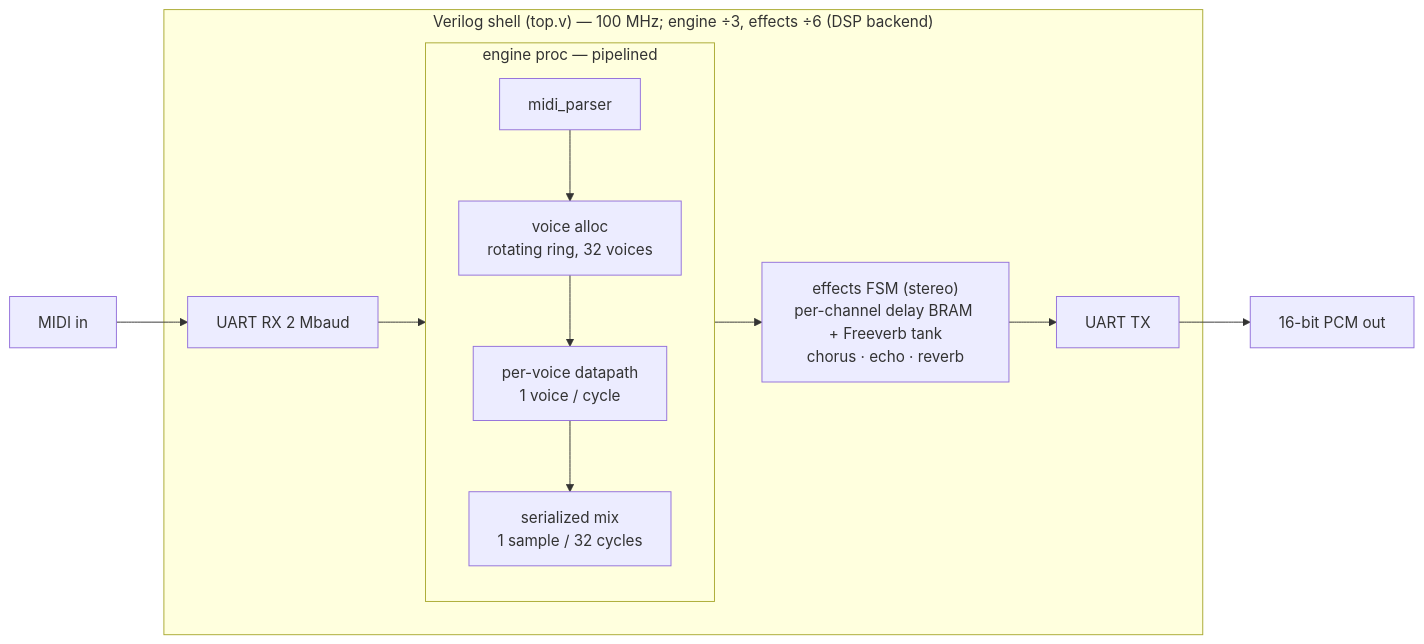
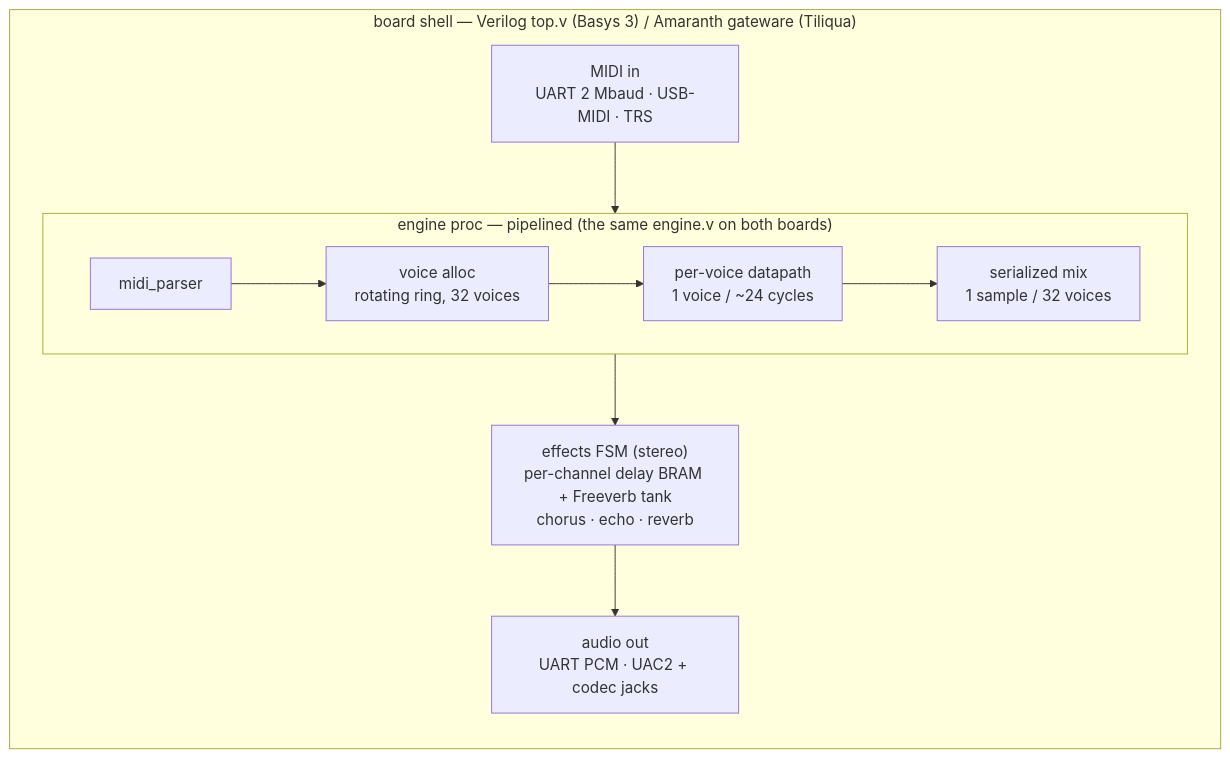
The second of 2 diagrams in README.md (kazunori279/xls32-fpga-synth), drawn with Mermaid before and after one commit. The commit also changed other lines of this file and 16 other files, not shown here.

````diff
--- a/README.md
+++ b/README.md
@@ -622,15 +759,13 @@
 ```mermaid
 flowchart LR
-  subgraph SHELL["Verilog shell (top.v) — 100 MHz; engine ÷3, effects ÷6 (DSP backend)"]
-    RX["UART RX 2 Mbaud"] --> ENG
-    subgraph ENG["engine proc — pipelined"]
+  subgraph SHELL["board shell — Verilog top.v (Basys 3) / Amaranth gateware (Tiliqua)"]
+    RX["MIDI in<br/>UART 2 Mbaud · USB-MIDI · TRS"] --> ENG
+    subgraph ENG["engine proc — pipelined (the same engine.v on both boards)"]
       PARSE["midi_parser"] --> ALLOC["voice alloc<br/>rotating ring, 32 voices"]
-      ALLOC --> PV["per-voice datapath<br/>1 voice / cycle"]
-      PV --> MX["serialized mix<br/>1 sample / 32 cycles"]
+      ALLOC --> PV["per-voice datapath<br/>1 voice / ~24 cycles"]
+      PV --> MX["serialized mix<br/>1 sample / 32 voices"]
     end
     ENG --> FX["effects FSM (stereo)<br/>per-channel delay BRAM + Freeverb tank<br/>chorus · echo · reverb"]
-    FX --> TX["UART TX"]
+    FX --> TX["audio out<br/>UART PCM · UAC2 + codec jacks"]
   end
-  MIDI["MIDI in"] --> RX
-  TX --> AUD["16-bit PCM out"]
 ```
````
